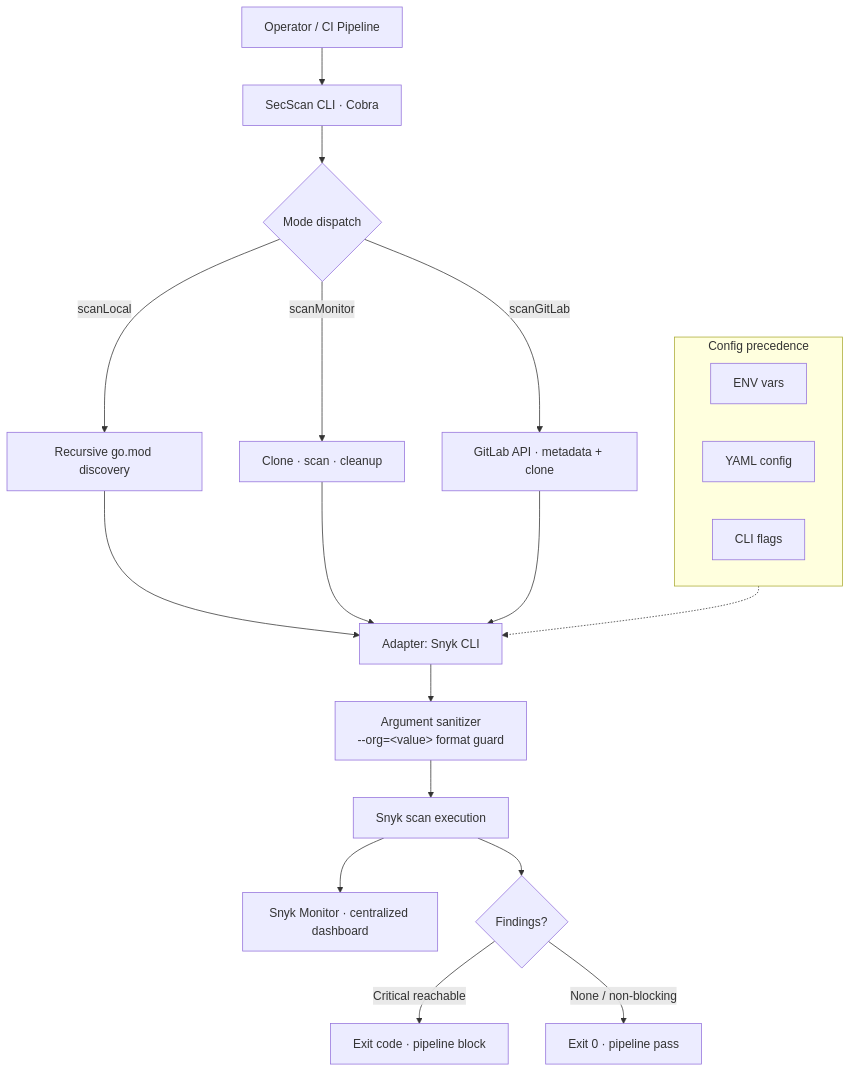
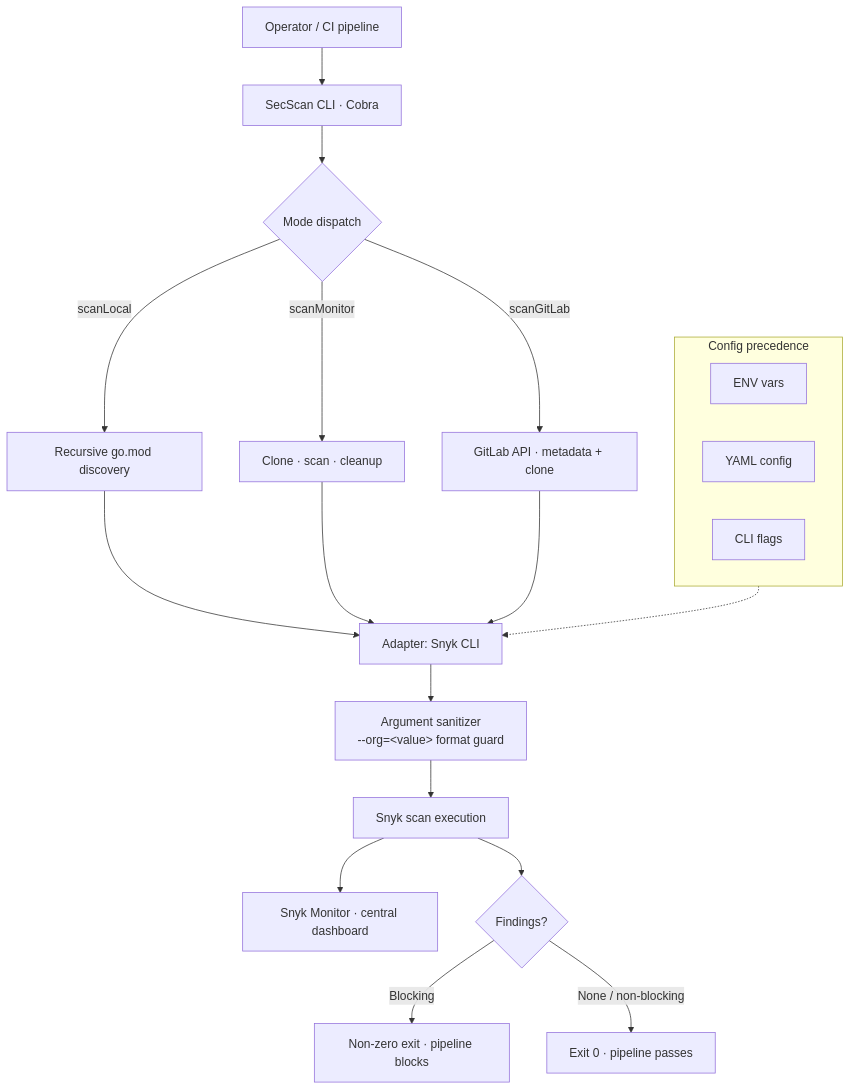
The diagram in src/content/projects/en/secscan.mdx (CHDevSec/portfolio), drawn with Mermaid before and after one commit. The commit also changed other lines of this file and 169 other files, not shown here.

````diff
--- a/src/content/projects/en/secscan.mdx
+++ b/src/content/projects/en/secscan.mdx
@@ -42,29 +61,29 @@
 ```mermaid
 flowchart TB
-    A[Operator / CI Pipeline] --> B[SecScan CLI · Cobra]
+    A[Operator / CI pipeline] --> B[SecScan CLI · Cobra]
     B --> C{Mode dispatch}
 
     C -->|scanLocal| D[Recursive go.mod discovery]
     C -->|scanMonitor| E[Clone · scan · cleanup]
     C -->|scanGitLab| F[GitLab API · metadata + clone]
 
     D --> G[Adapter: Snyk CLI]
     E --> G
     F --> G
 
     G --> H[Argument sanitizer<br/>--org=&lt;value&gt; format guard]
     H --> I[Snyk scan execution]
 
-    I --> J[Snyk Monitor · centralized dashboard]
+    I --> J[Snyk Monitor · central dashboard]
     I --> K{Findings?}
-    K -->|Critical reachable| L[Exit code · pipeline block]
-    K -->|None / non-blocking| M[Exit 0 · pipeline pass]
+    K -->|Blocking| L[Non-zero exit · pipeline blocks]
+    K -->|None / non-blocking| M[Exit 0 · pipeline passes]
 
     subgraph Config [Config precedence]
     N[ENV vars]
     O[YAML config]
     P[CLI flags]
     end
 
     Config -.-> G
 ```
````
